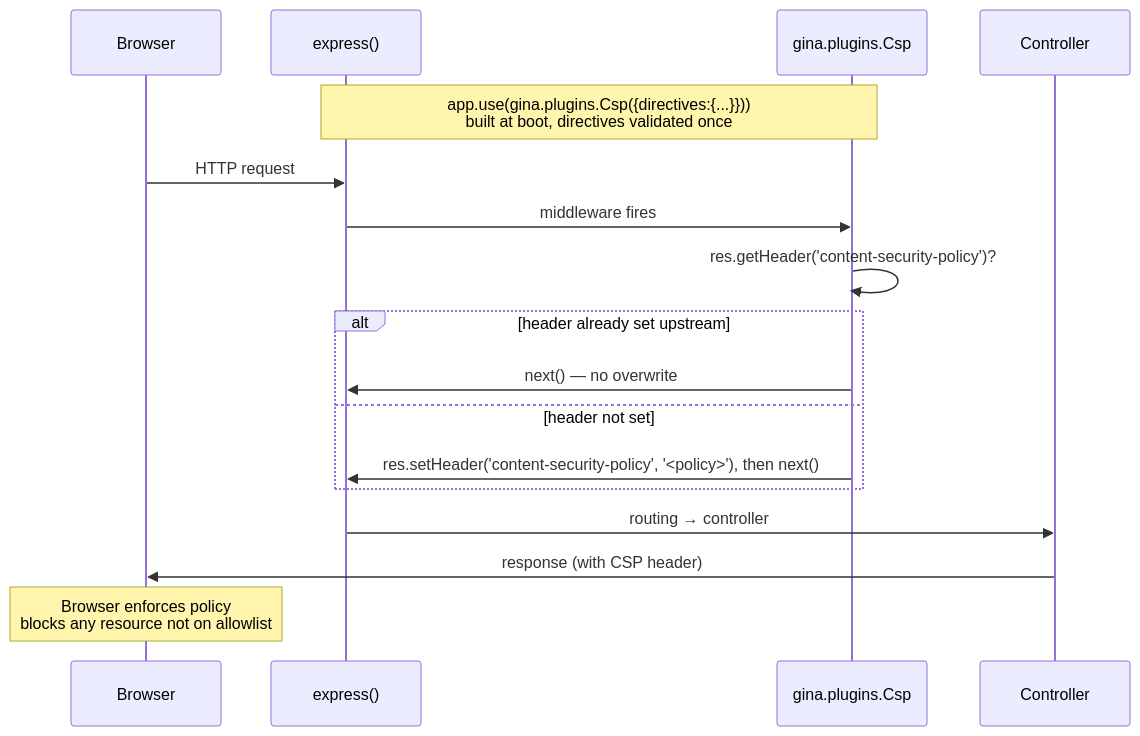
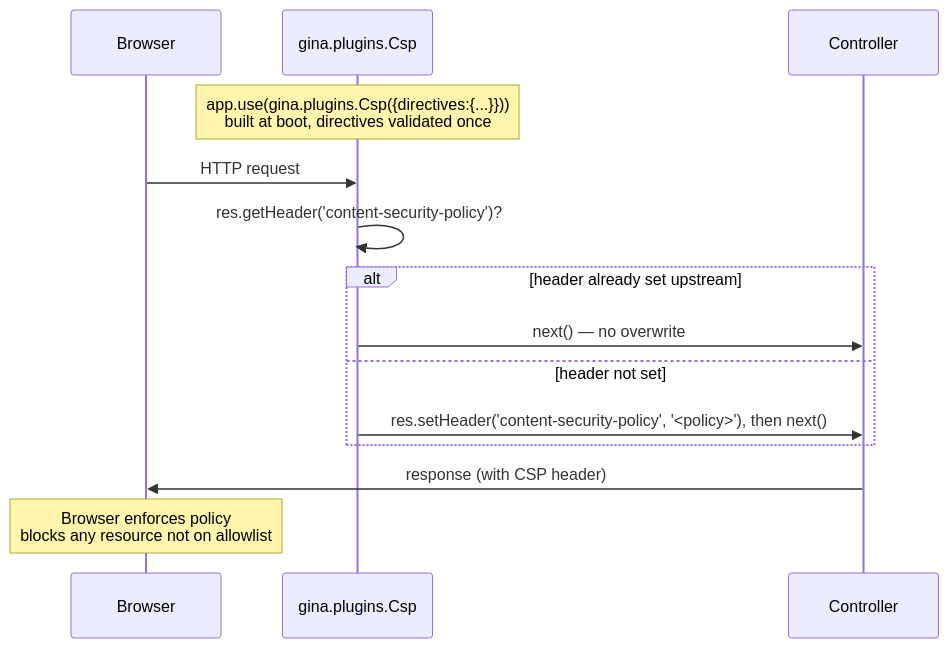
Before and after one commit to gina-io/docs: the diagram in docs/guides/csp.md, drawn with Mermaid. The commit also changed 1 other file, not shown here.

Commit message:
Aligning security-headers + csp Mermaid diagrams to csrf.md convention — drop the express() App participant
Both diagrams had `participant App as express()` — the same standalone-Express
idiom that llms.txt #118 (2026-05-17, commit pair gina-io/gina f1dfd3b4 +
gina-io/docs d7ac9a5) corrected in prose blocks and inline JS code examples.
That sweep didn't cover Mermaid `participant` declarations because (a) the
grep target was prose patterns (`require('express')`, standalone-Express call
shape in code blocks), which doesn't match `participant App as express()`, and
(b) the canonical sibling reference csrf.md doesn't carry an App participant
in its own diagram — so cross-checking csrf.md (the #118 rule's prescribed
gate) couldn't reveal the gap.

The fix matches csrf.md's convention: arrows go Client → Plugin → Ctrl
directly, no intermediate App layer. csp.md's `Note over App,Plugin: ...`
caption becomes `Note over Plugin: ...` since App is removed.

Generalises llms.txt #118 — a corrective sweep for Express-attribution leaks
needs to cover Mermaid `participant.*express` declarations as a separate
surface from prose blocks (worth a #123 refinement to that lesson).

````diff
--- a/docs/guides/csp.md
+++ b/docs/guides/csp.md
@@ -29,21 +29,18 @@
 ```mermaid
 sequenceDiagram
     participant Client as Browser
-    participant App as express()
     participant Plugin as gina.plugins.Csp
     participant Ctrl as Controller
 
-    Note over App,Plugin: app.use(gina.plugins.Csp({directives:{...}}))<br/>built at boot, directives validated once
+    Note over Plugin: app.use(gina.plugins.Csp({directives:{...}}))<br/>built at boot, directives validated once
 
-    Client->>App: HTTP request
-    App->>Plugin: middleware fires
+    Client->>Plugin: HTTP request
     Plugin->>Plugin: res.getHeader('content-security-policy')?
     alt header already set upstream
-        Plugin->>App: next() — no overwrite
+        Plugin->>Ctrl: next() — no overwrite
     else header not set
-        Plugin->>App: res.setHeader('content-security-policy', '<policy>'), then next()
+        Plugin->>Ctrl: res.setHeader('content-security-policy', '<policy>'), then next()
     end
-    App->>Ctrl: routing → controller
     Ctrl->>Client: response (with CSP header)
     Note over Client: Browser enforces policy<br/>blocks any resource not on allowlist
 ```
````
